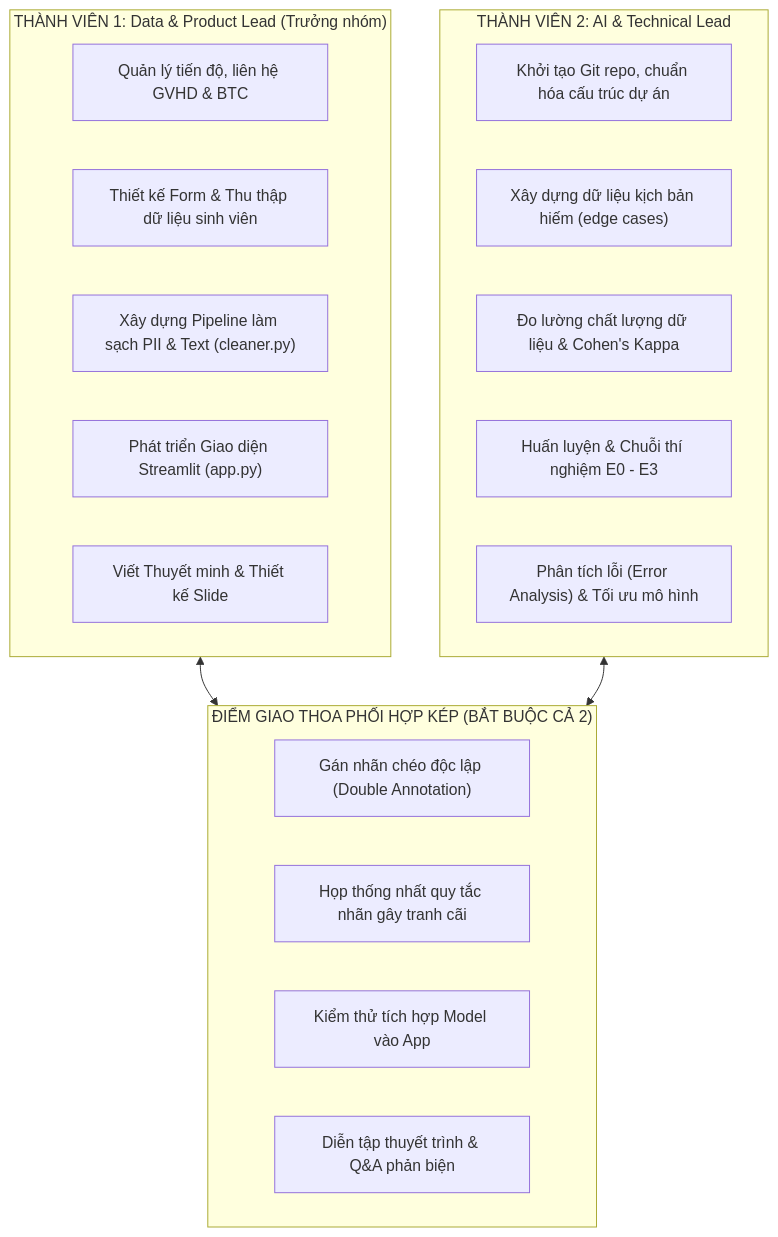
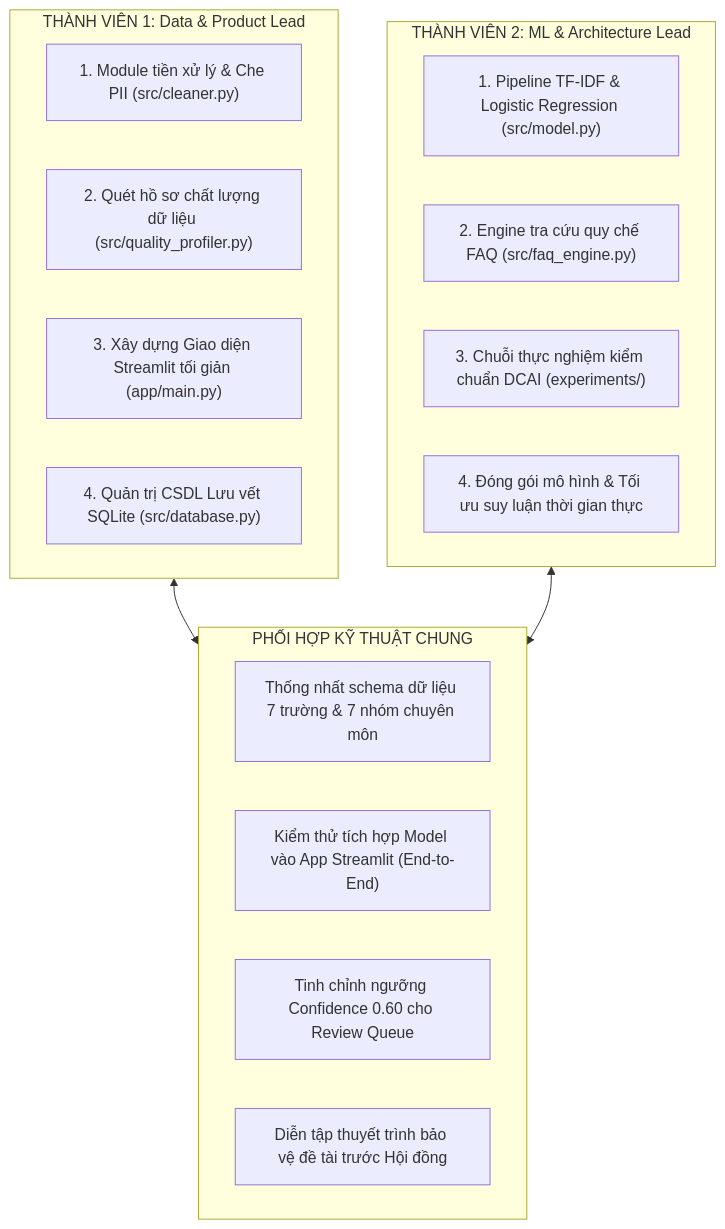
One commit to teedeetee13/centric_data_ai_nhom67 changed the second of 2 diagrams in readme.md. Above: the diagram before and after it, drawn with Mermaid. The commit also changed other lines of this file and 37 other files, not shown here.

````diff
--- a/readme.md
+++ b/readme.md
@@ -11,28 +119,26 @@
 ```mermaid
 flowchart TD
-    subgraph MemberA["THÀNH VIÊN 1: Data & Product Lead (Trưởng nhóm)"]
-        A1["Quản lý tiến độ, liên hệ GVHD & BTC"]
-        A2["Thiết kế Form & Thu thập dữ liệu sinh viên"]
-        A3["Xây dựng Pipeline làm sạch PII & Text (cleaner.py)"]
-        A4["Phát triển Giao diện Streamlit (app.py)"]
-        A5["Viết Thuyết minh & Thiết kế Slide"]
+    subgraph TV1["THÀNH VIÊN 1: Data & Product Lead"]
+        A1["1. Module tiền xử lý & Che PII (src/cleaner.py)"]
+        A2["2. Quét hồ sơ chất lượng dữ liệu (src/quality_profiler.py)"]
+        A3["3. Xây dựng Giao diện Streamlit tối giản (app/main.py)"]
+        A4["4. Quản trị CSDL Lưu vết SQLite (src/database.py)"]
     end
 
-    subgraph MemberB["THÀNH VIÊN 2: AI & Technical Lead"]
-        B1["Khởi tạo Git repo, chuẩn hóa cấu trúc dự án"]
-        B2["Xây dựng dữ liệu kịch bản hiếm (edge cases)"]
-        B3["Đo lường chất lượng dữ liệu & Cohen's Kappa"]
-        B4["Huấn luyện & Chuỗi thí nghiệm E0 - E3"]
-        B5["Phân tích lỗi (Error Analysis) & Tối ưu mô hình"]
+    subgraph TV2["THÀNH VIÊN 2: ML & Architecture Lead"]
+        B1["1. Pipeline TF-IDF & Logistic Regression (src/model.py)"]
+        B2["2. Engine tra cứu quy chế FAQ (src/faq_engine.py)"]
+        B3["3. Chuỗi thực nghiệm kiểm chuẩn DCAI (experiments/)"]
+        B4["4. Đóng gói mô hình & Tối ưu suy luận thời gian thực"]
     end
 
-    subgraph Collab["ĐIỂM GIAO THOA PHỐI HỢP KÉP (BẮT BUỘC CẢ 2)"]
-        C1["Gán nhãn chéo độc lập (Double Annotation)"]
-        C2["Họp thống nhất quy tắc nhãn gây tranh cãi"]
-        C3["Kiểm thử tích hợp Model vào App"]
-        C4["Diễn tập thuyết trình & Q&A phản biện"]
+    subgraph Collab["PHỐI HỢP KỸ THUẬT CHUNG"]
+        C1["Thống nhất schema dữ liệu 7 trường & 7 nhóm chuyên môn"]
+        C2["Kiểm thử tích hợp Model vào App Streamlit (End-to-End)"]
+        C3["Tinh chỉnh ngưỡng Confidence 0.60 cho Review Queue"]
+        C4["Diễn tập thuyết trình bảo vệ đề tài trước Hội đồng"]
     end
 
-    MemberA <--> Collab
-    MemberB <--> Collab
+    TV1 <--> Collab
+    TV2 <--> Collab
 ```
````
